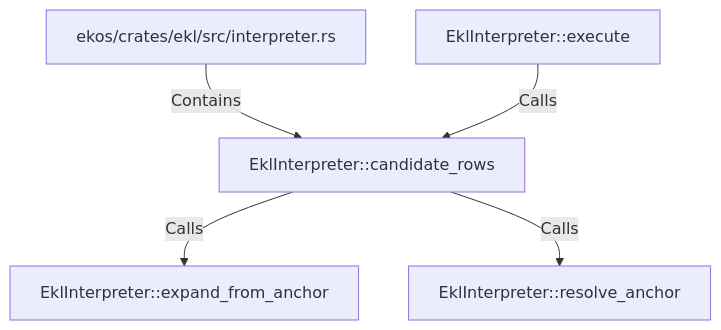
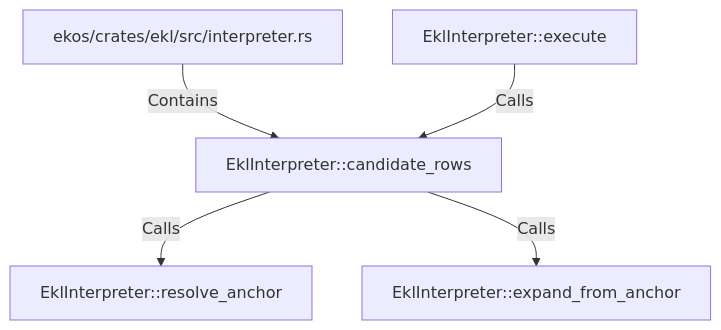
Before and after one commit to alexeyban/EKOS: the diagram in doc/entities/rustsymbol/ek/eklinterpreter-candidate-rows.md, drawn with Mermaid. The commit also changed other lines of this file and 552 other files, not shown here.

````diff
--- a/doc/entities/rustsymbol/ek/eklinterpreter-candidate-rows.md
+++ b/doc/entities/rustsymbol/ek/eklinterpreter-candidate-rows.md
@@ -23,12 +23,12 @@
 ```mermaid
 graph TD
     n9f9ddd90331357729e6b1a6c3050ad11["EklInterpreter::candidate_rows"]
     n9c2cb6e4ee09503f8cf5ccfaf23ecd79["ekos/crates/ekl/src/interpreter.rs"]
     n9c2cb6e4ee09503f8cf5ccfaf23ecd79 -->|Contains| n9f9ddd90331357729e6b1a6c3050ad11
     nfeb95d3d5916525d86e3ad4cee4ff906["EklInterpreter::execute"]
     nfeb95d3d5916525d86e3ad4cee4ff906 -->|Calls| n9f9ddd90331357729e6b1a6c3050ad11
+    n822748c3c82a526c993b53255d03a372["EklInterpreter::resolve_anchor"]
+    n9f9ddd90331357729e6b1a6c3050ad11 -->|Calls| n822748c3c82a526c993b53255d03a372
     n45d98e4bc62c5838b3ac7fd7122795a1["EklInterpreter::expand_from_anchor"]
     n9f9ddd90331357729e6b1a6c3050ad11 -->|Calls| n45d98e4bc62c5838b3ac7fd7122795a1
-    n822748c3c82a526c993b53255d03a372["EklInterpreter::resolve_anchor"]
-    n9f9ddd90331357729e6b1a6c3050ad11 -->|Calls| n822748c3c82a526c993b53255d03a372
 ```
````
